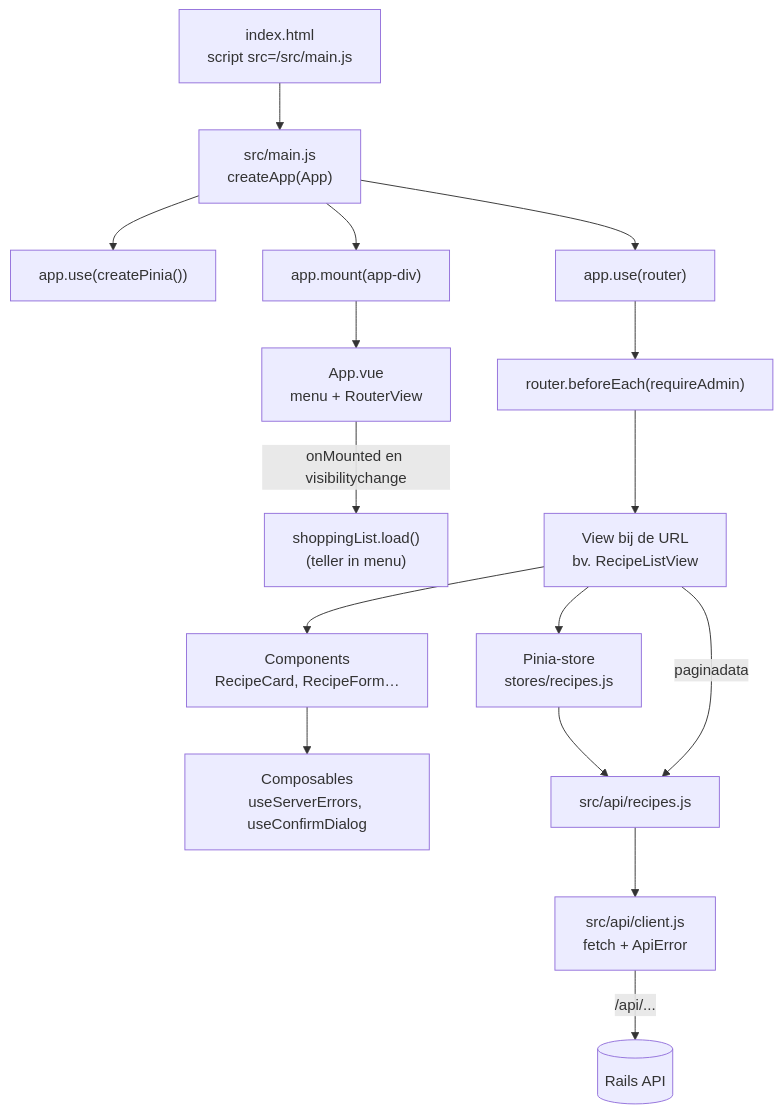
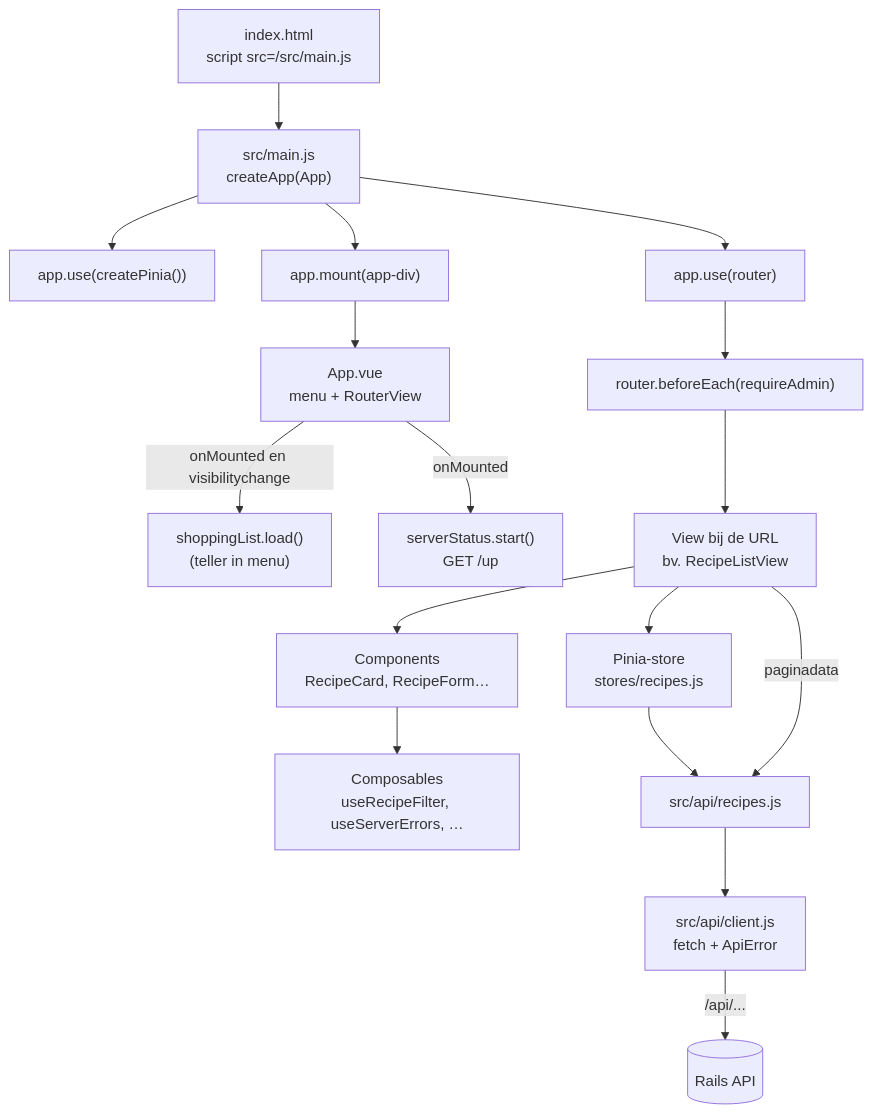
Before and after one commit to lobkest/receptenapp: the fourth of 8 diagrams in docs/code_overzicht.md, drawn with Mermaid. The commit also changed other lines of this file and 62 other files, not shown here.

````diff
--- a/docs/code_overzicht.md
+++ b/docs/code_overzicht.md
@@ -272,18 +339,19 @@
 ```mermaid
 flowchart TD
   H["index.html<br/>script src=/src/main.js"] --> M["src/main.js<br/>createApp(App)"]
   M --> P["app.use(createPinia())"]
   M --> RT["app.use(router)"]
   M --> MT["app.mount(app-div)"]
   MT --> APP["App.vue<br/>menu + RouterView"]
   APP -->|"onMounted en visibilitychange"| SL["shoppingList.load()<br/>(teller in menu)"]
+  APP -->|"onMounted"| SS["serverStatus.start()<br/>GET /up"]
   RT --> G["router.beforeEach(requireAdmin)"]
   G --> V["View bij de URL<br/>bv. RecipeListView"]
   V --> CO["Components<br/>RecipeCard, RecipeForm…"]
-  CO --> CP["Composables<br/>useServerErrors, useConfirmDialog"]
+  CO --> CP["Composables<br/>useRecipeFilter, useServerErrors, …"]
   V --> S["Pinia-store<br/>stores/recipes.js"]
   S --> A["src/api/recipes.js"]
   V -->|"paginadata"| A
   A --> CL["src/api/client.js<br/>fetch + ApiError"]
   CL -->|"/api/..."| RAILS[(Rails API)]
 ```
````
